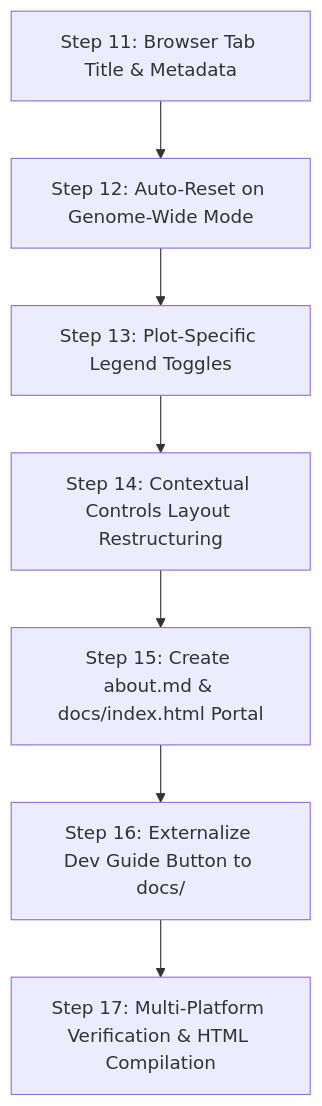
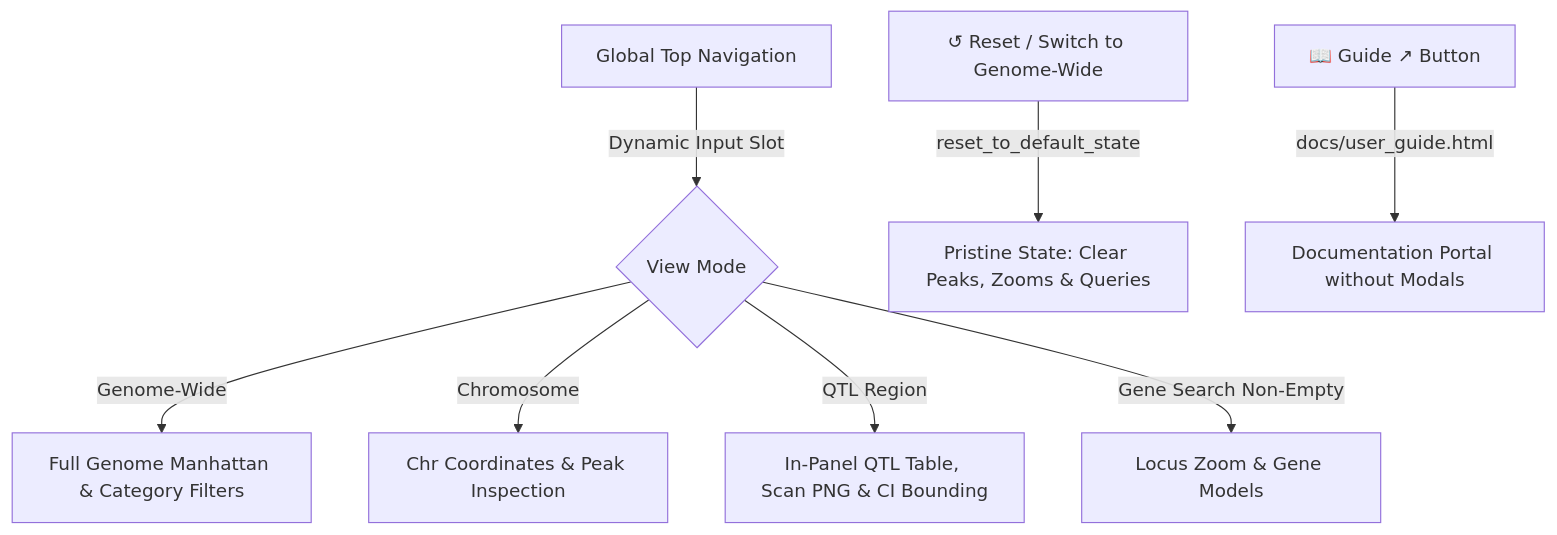
Before and after one commit to byandell/MafADiscovery: the diagram in guides/redesign.md, drawn with Mermaid. The commit also changed other lines of this file and 13 other files, not shown here.

````diff
--- a/guides/redesign.md
+++ b/guides/redesign.md
@@ -465,9 +55,10 @@
 ```mermaid
 flowchart TD
-    A[Step 11: Browser Tab Title & Metadata] --> B[Step 12: Auto-Reset on Genome-Wide Mode]
-    B --> C[Step 13: Plot-Specific Legend Toggles]
-    C --> D[Step 14: Contextual Controls Layout Restructuring]
-    D --> E[Step 15: Create about.md & docs/index.html Portal]
-    E --> F[Step 16: Externalize Dev Guide Button to docs/]
-    F --> G[Step 17: Multi-Platform Verification & HTML Compilation]
+    A[Global Top Navigation] -->|Dynamic Input Slot| B{View Mode}
+    B -->|Genome-Wide| C[Full Genome Manhattan & Category Filters]
+    B -->|Chromosome| D[Chr Coordinates & Peak Inspection]
+    B -->|QTL Region| E[In-Panel QTL Table, Scan PNG & CI Bounding]
+    B -->|Gene Search Non-Empty| F[Locus Zoom & Gene Models]
+    G[↺ Reset / Switch to Genome-Wide] -->|reset_to_default_state| H[Pristine State: Clear Peaks, Zooms & Queries]
+    I[📖 Guide ↗ Button] -->|docs/user_guide.html| J[Documentation Portal without Modals]
 ```
````
